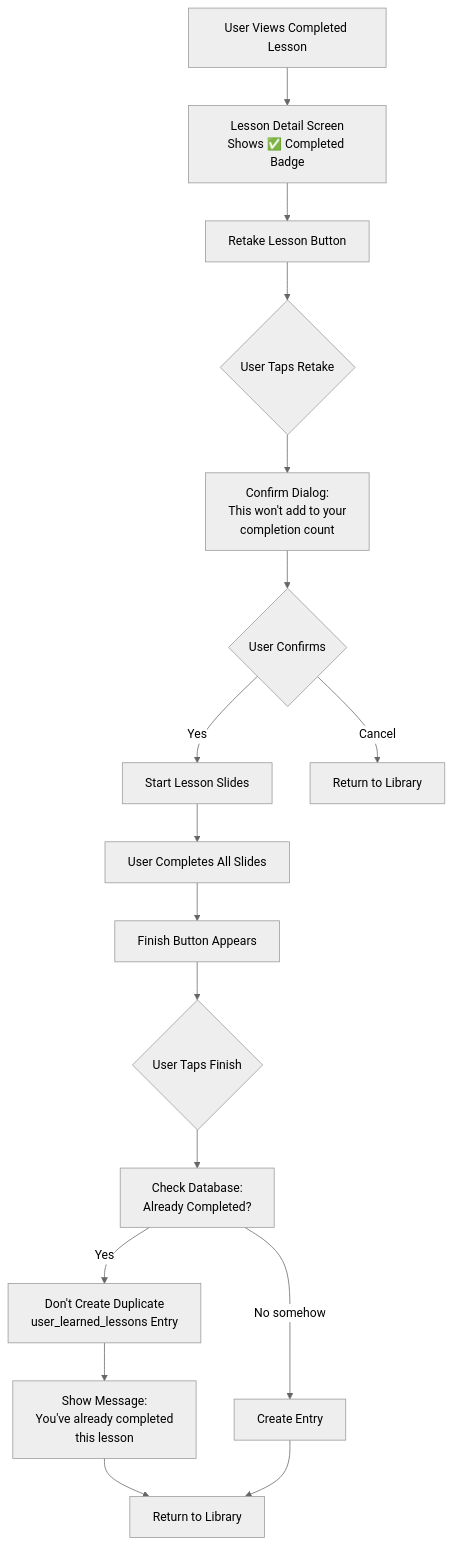
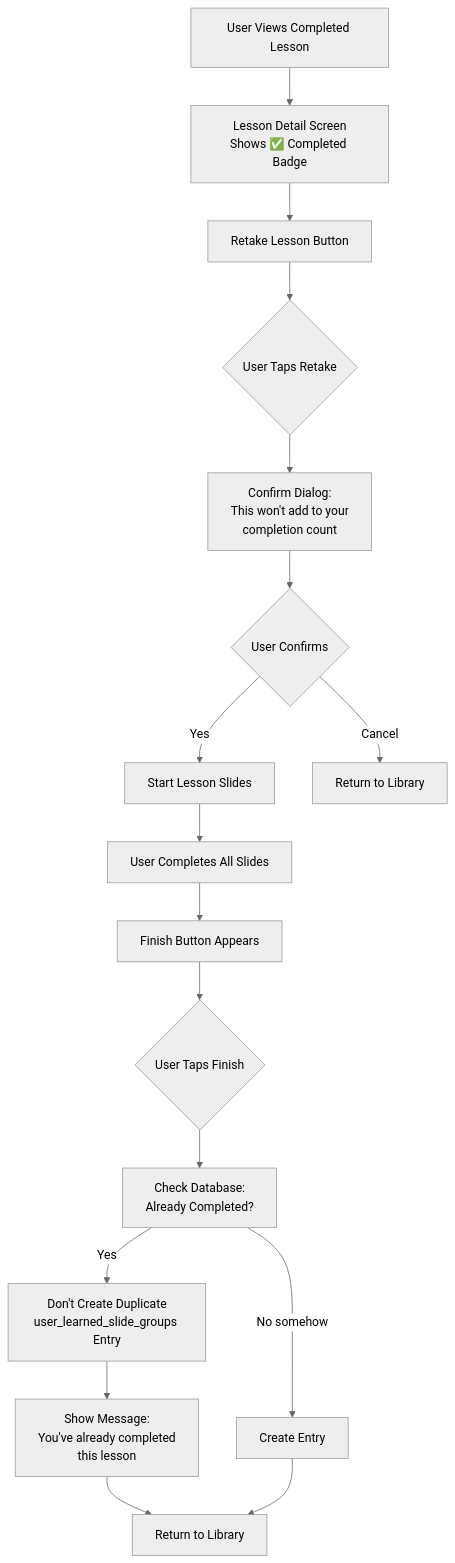
One commit to Nhatdien/tranquara_frontend changed the ninth of 9 diagrams in feature-design/03. Micro learning/01-LEARNING-FLOWS.md. Above: the diagram before and after it, drawn with Mermaid (neutral theme). The commit also changed other lines of this file and 6 other files, not shown here.

Commit message:
feat: Enhance journal feature with learning progress tracking and schema updates

````diff
--- a/feature-design/03. Micro learning/01-LEARNING-FLOWS.md
+++ b/feature-design/03. Micro learning/01-LEARNING-FLOWS.md
@@ -291,24 +299,24 @@
 ```mermaid
 flowchart TD
     A[User Views Completed Lesson] --> B[Lesson Detail Screen<br/>Shows ✅ Completed Badge]
     B --> C[Retake Lesson Button]
     
     C --> D{User Taps Retake}
     D --> E[Confirm Dialog:<br/>This won't add to your<br/>completion count]
     
     E --> F{User Confirms}
     F -->|Yes| G[Start Lesson Slides]
     F -->|Cancel| H[Return to Library]
     
     G --> I[User Completes All Slides]
     I --> J[Finish Button Appears]
     J --> K{User Taps Finish}
     
     K --> L[Check Database:<br/>Already Completed?]
-    L -->|Yes| M[Don't Create Duplicate<br/>user_learned_lessons Entry]
+    L -->|Yes| M[Don't Create Duplicate<br/>user_learned_slide_groups Entry]
     L -->|No somehow| N[Create Entry]
     
     M --> O[Show Message:<br/>You've already completed<br/>this lesson]
     O --> P[Return to Library]
     N --> P
 ```
````
